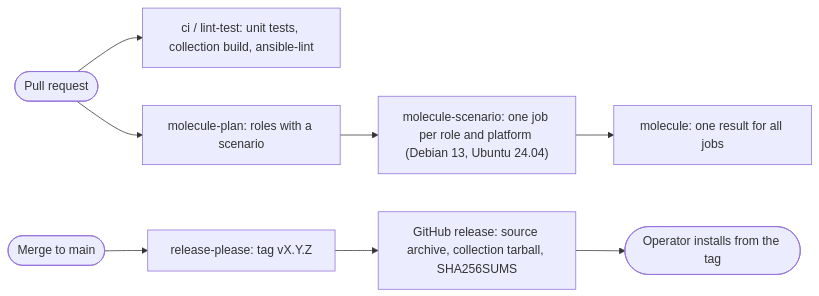
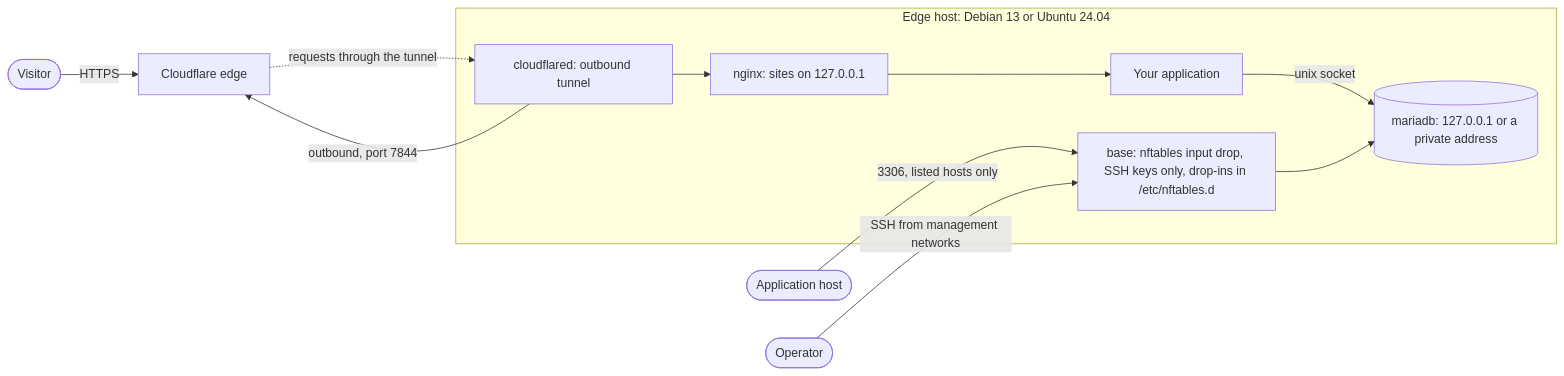
The diagram in README.md (luminare-dev/ansible-collection-infra_edge), drawn with Mermaid before and after one commit. The commit also changed other lines of this file and 25 other files, not shown here.

````diff
--- a/README.md
+++ b/README.md
@@ -72,10 +81,17 @@
 ```mermaid
 flowchart LR
-    pr(["Pull request"]) --> lint["ci / lint-test: unit tests, collection build, ansible-lint"]
-    pr --> plan["molecule-plan: roles with a scenario"]
-    plan --> scenario["molecule-scenario: one job per role and platform (Debian 13, Ubuntu 24.04)"]
-    scenario --> gate["molecule: one result for all jobs"]
-    merge(["Merge to main"]) --> rp["release-please: tag vX.Y.Z"]
-    rp --> release["GitHub release: source archive, collection tarball, SHA256SUMS"]
-    release --> operator(["Operator installs from the tag"])
+    visitor(["Visitor"]) -->|"HTTPS"| cf["Cloudflare edge"]
+    subgraph host["Edge host: Debian 13 or Ubuntu 24.04"]
+        fw["base: nftables input drop, SSH keys only, drop-ins in /etc/nftables.d"]
+        tunnel["cloudflared: outbound tunnel"]
+        web["nginx: sites on 127.0.0.1"]
+        app["Your application"]
+        db[("mariadb: 127.0.0.1 or a private address")]
+    end
+    tunnel -->|"outbound, port 7844"| cf
+    cf -.->|"requests through the tunnel"| tunnel
+    tunnel --> web --> app -->|"unix socket"| db
+    apphost(["Application host"]) -->|"3306, listed hosts only"| fw
+    fw --> db
+    admin(["Operator"]) -->|"SSH from management networks"| fw
 ```
````
